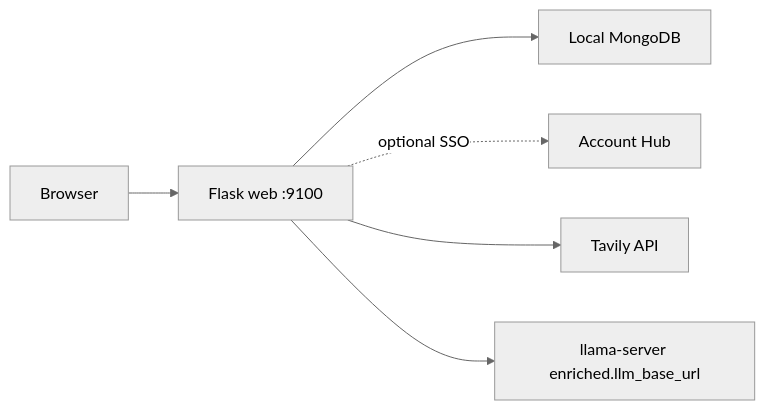
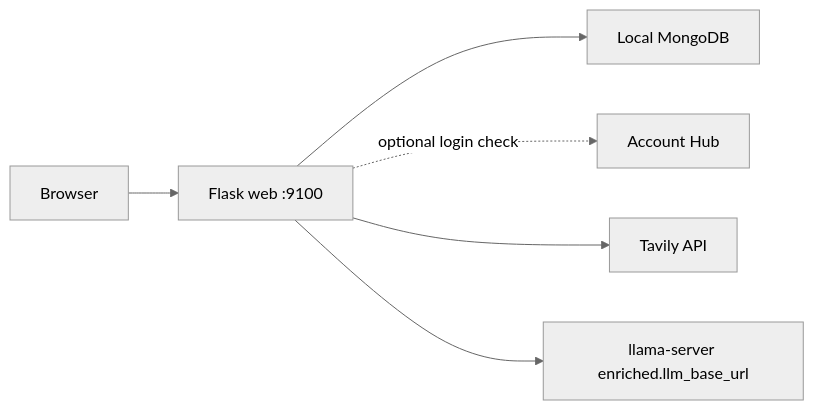
The diagram in README.md (Benchan691/VulnBrief), drawn with Mermaid (neutral theme) before and after one commit. The commit also changed other lines of this file and 5 other files, not shown here.

First line of the commit message:
Refine Account Hub user management and authentication process

````diff
--- a/README.md
+++ b/README.md
@@ -15,8 +15,8 @@
 ```mermaid
 flowchart LR
   Browser --> Web["Flask web :9100"]
   Web --> LocalMongo["Local MongoDB"]
-  Web -. optional SSO .-> Hub["Account Hub"]
+  Web -. optional login check .-> Hub["Account Hub"]
   Web --> Search["Tavily API"]
   Web --> Llama["llama-server enriched.llm_base_url"]
 ```
````
